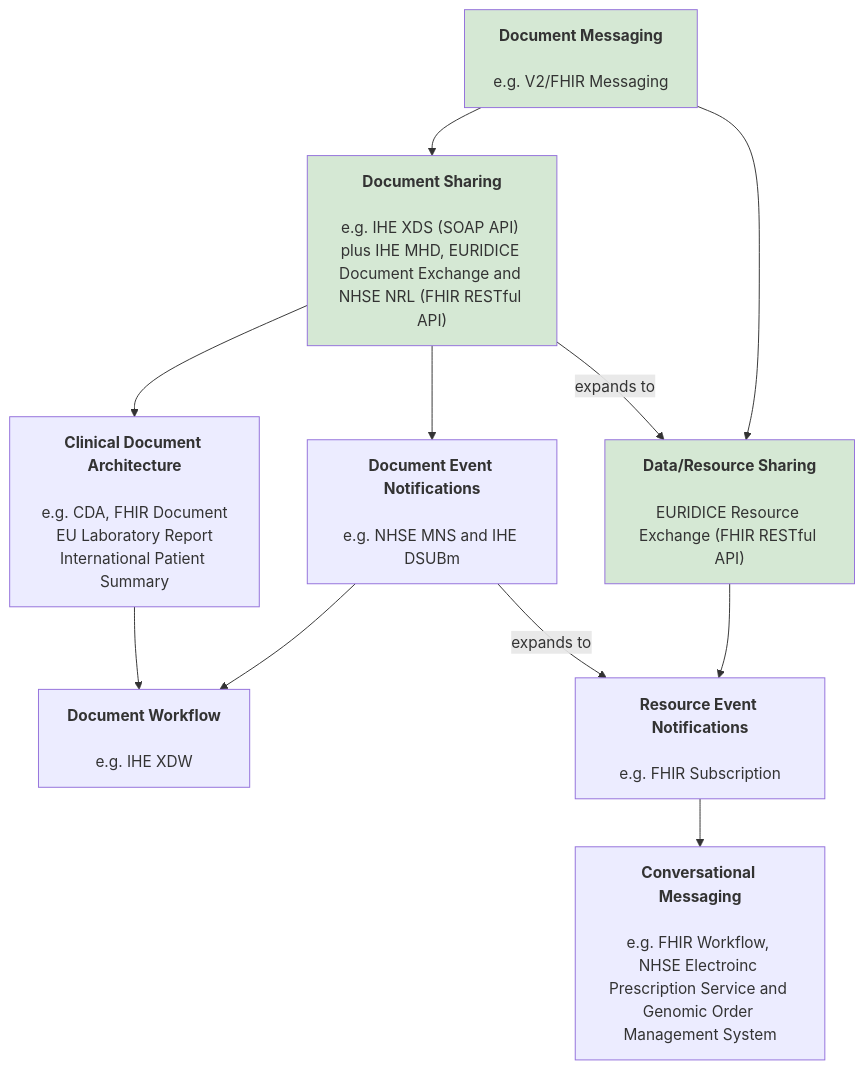
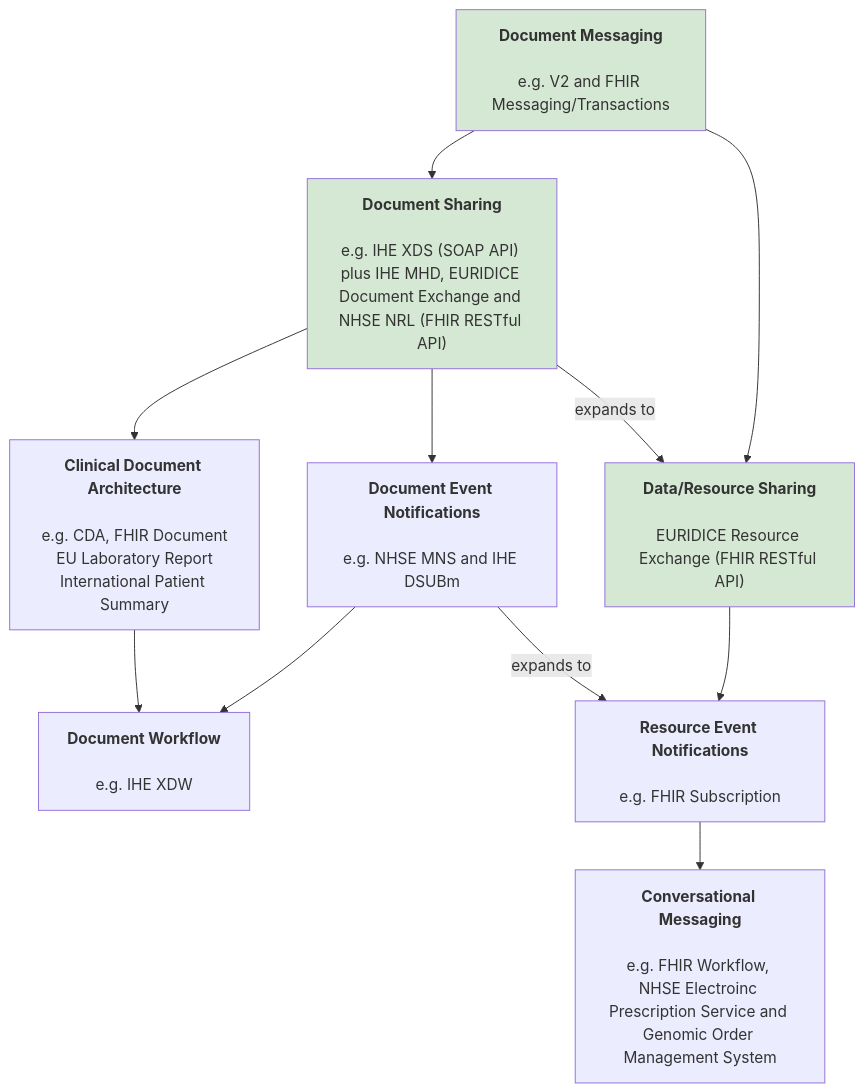
The first of 9 diagrams in input/pagecontent/exchange.md (nw-gmsa/nw-gmsa.github.com), drawn with Mermaid before and after one commit.

Commit message:
Relaxed Specimen rule to allow 0..* identifiers

````diff
--- a/input/pagecontent/exchange.md
+++ b/input/pagecontent/exchange.md
@@ -6,34 +6,34 @@
 ```mermaid
 graph TD;
 
 
-DocumentMessaging[<b>Document Messaging</b><br/><br/>e.g. V2/FHIR Messaging]
+DocumentMessaging[<b>Document Messaging</b><br/><br/>e.g. V2 and FHIR Messaging/Transactions]
 DocumentSharing["<b>Document Sharing</b><br/><br/>e.g. IHE XDS (SOAP API) plus IHE MHD, EURIDICE Document Exchange and NHSE NRL (FHIR RESTful API) "]
 
 DocumentEventNotifications[<b>Document Event Notifications</b><br/><br/>e.g. NHSE MNS and IHE DSUBm]
 ClinicalDocumentArchitecture[<b>Clinical Document Architecture</b><br/><br/>e.g. CDA, FHIR Document<br/>EU Laboratory Report<br/>International Patient Summary] 
 DocumentWorkflow[<b>Document Workflow</b><br/><br/>e.g. IHE XDW]
 
 DataSharig["<b>Data/Resource Sharing</b><br/><br/>EURIDICE Resource Exchange (FHIR RESTful API)"]
 ResourceEventNotifications[<b>Resource Event Notifications</b><br/><br/>e.g. FHIR Subscription]
 ConversationalMessaging[<b>Conversational Messaging</b><br/><br/>e.g. FHIR Workflow, NHSE Electroinc Prescription Service and Genomic Order Management System]
 
 
 DocumentMessaging --> DocumentSharing
 DocumentSharing --> DocumentEventNotifications
 DocumentSharing --> ClinicalDocumentArchitecture
 DocumentEventNotifications --> DocumentWorkflow
 ClinicalDocumentArchitecture --> DocumentWorkflow
 
 DocumentMessaging --> DataSharig
 DataSharig --> ResourceEventNotifications
 ResourceEventNotifications --> ConversationalMessaging
 
 DocumentSharing --> |expands to| DataSharig
 DocumentEventNotifications --> |expands to| ResourceEventNotifications
 
 classDef green fill:#D5E8D4;
 
 class DocumentMessaging,DocumentSharing,DataSharig green
 
 ```
````
